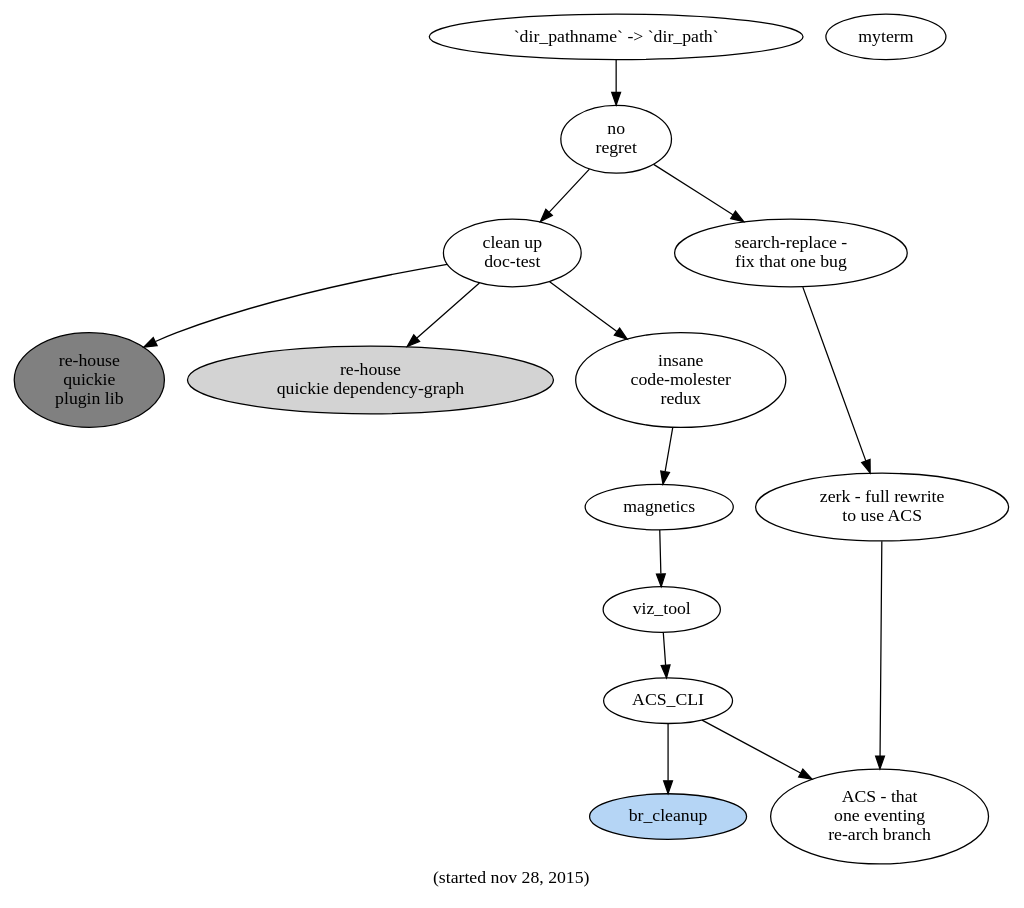
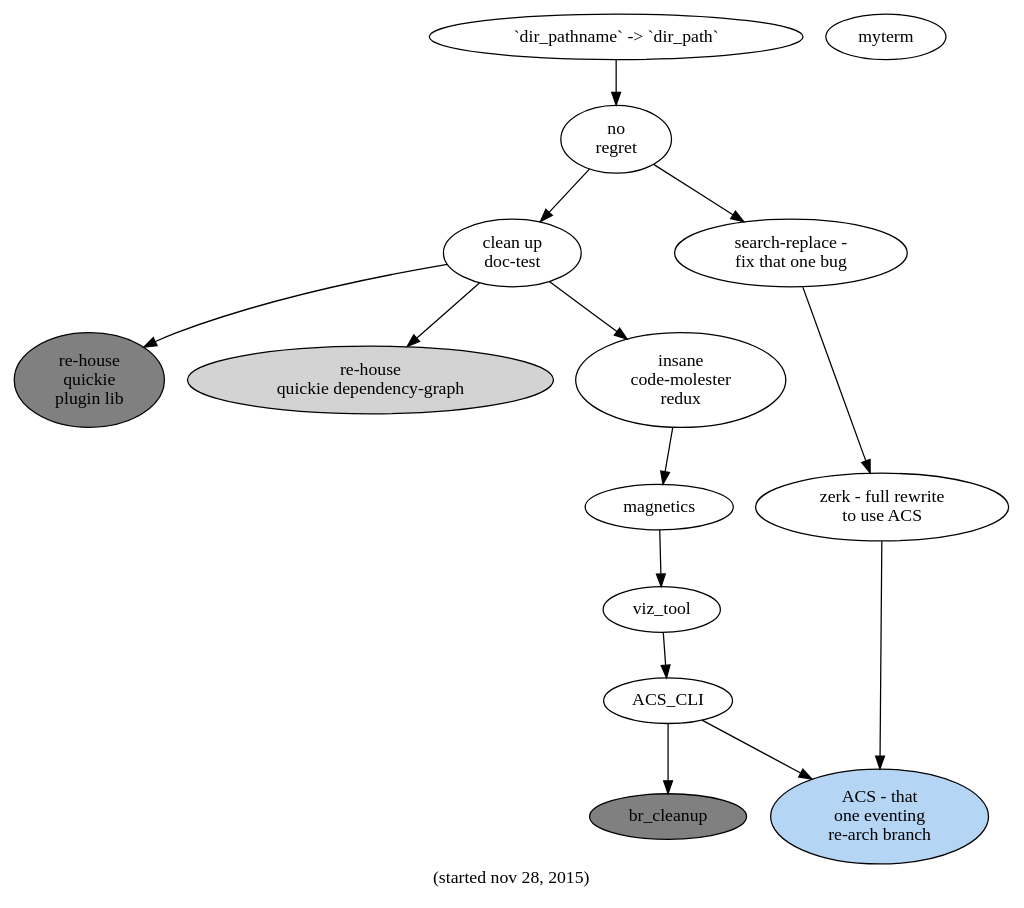
One commit to hipe/tmx changed the diagram in slicer/doc/the-big-pictures-of-now/04-no-regret.dot. Above: the diagram before and after it, drawn with Graphviz. The commit also changed 71 other files, not shown here.

```diff
--- a/slicer/doc/the-big-pictures-of-now/04-no-regret.dot
+++ b/slicer/doc/the-big-pictures-of-now/04-no-regret.dot
@@ -1,36 +1,36 @@
 digraph g {
 
   /* color for active thing: #b5d5fb */
 
   label="(started nov 28, 2015)"
 
   clean_up_doctest -> re_house_xx
   re_house_xx [label="re-house\nquickie\nplugin lib" fillcolor="gray" style="filled"]
   clean_up_doctest [label="clean up\ndoc-test" ]
   clean_up_doctest -> re_house_yy
   re_house_yy [label="re-house\nquickie dependency-graph" style="filled"]
   clean_up_doctest->insane_CM_redux
   insane_CM_redux [label="insane\ncode-molester\nredux"]
 
   insane_CM_redux->mag
   mag [label="magnetics" ]
   mag -> viz_tool
 
   viz_tool -> ACS_CLI
   ACS_CLI -> br_cleanup
   ACS_CLI -> acs
-  br_cleanup [style=filled fillcolor="#b5d5f5"]
+  br_cleanup [style=filled fillcolor="grey"]
 
   no_regret -> sea
   no_regret -> clean_up_doctest
 
   myterm
   dpn->no_regret
   dpn [label="`dir_pathname` -> `dir_path`"]
   sea [label="search-replace -\nfix that one bug"]
   sea->zerk
   zerk [label="zerk - full rewrite\nto use ACS"]
   zerk->acs
-  acs [label="ACS - that\none eventing\nre-arch branch"]
+  acs [label="ACS - that\none eventing\nre-arch branch" style=filled fillcolor="#b5d5f5"]
   no_regret [label="no\nregret"]
 }
```
